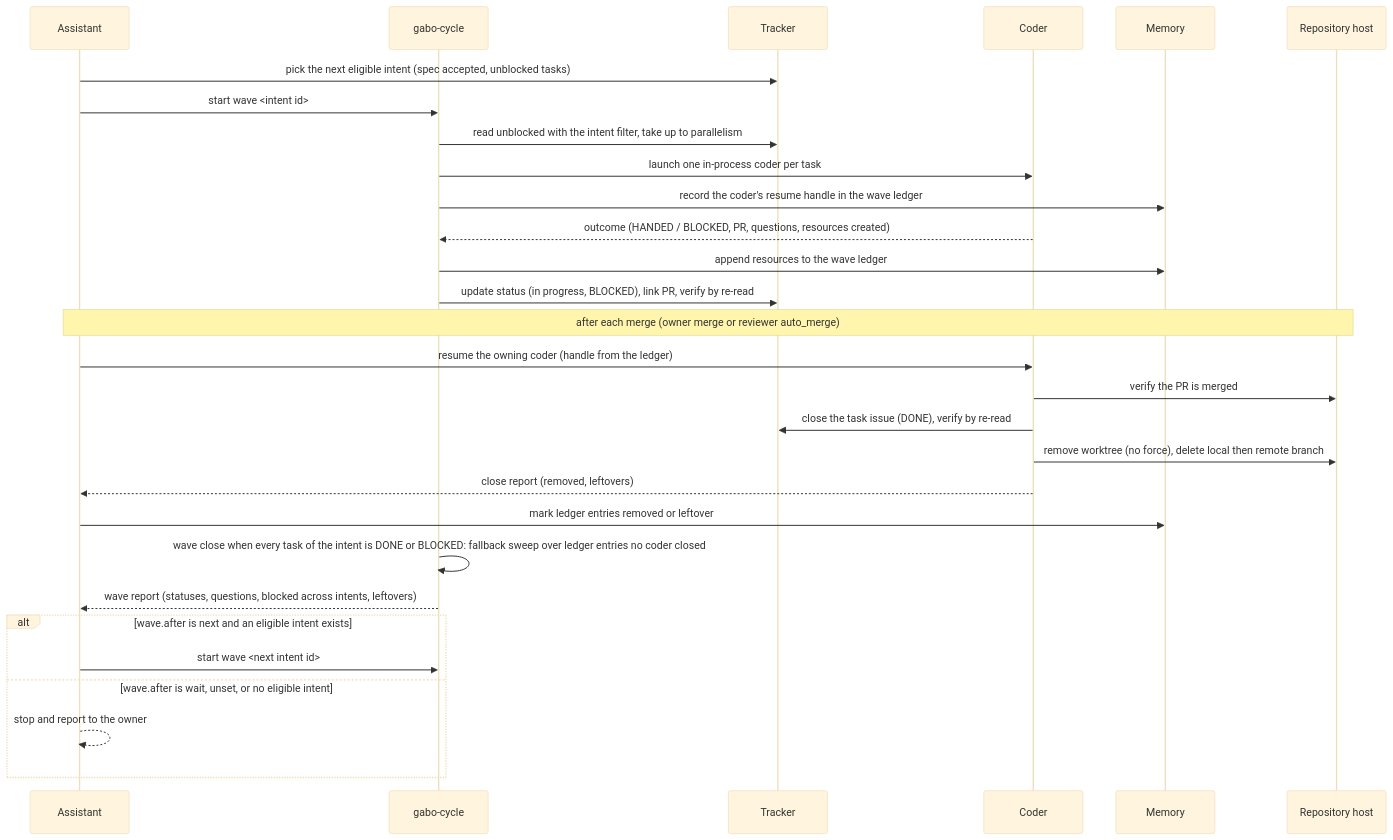
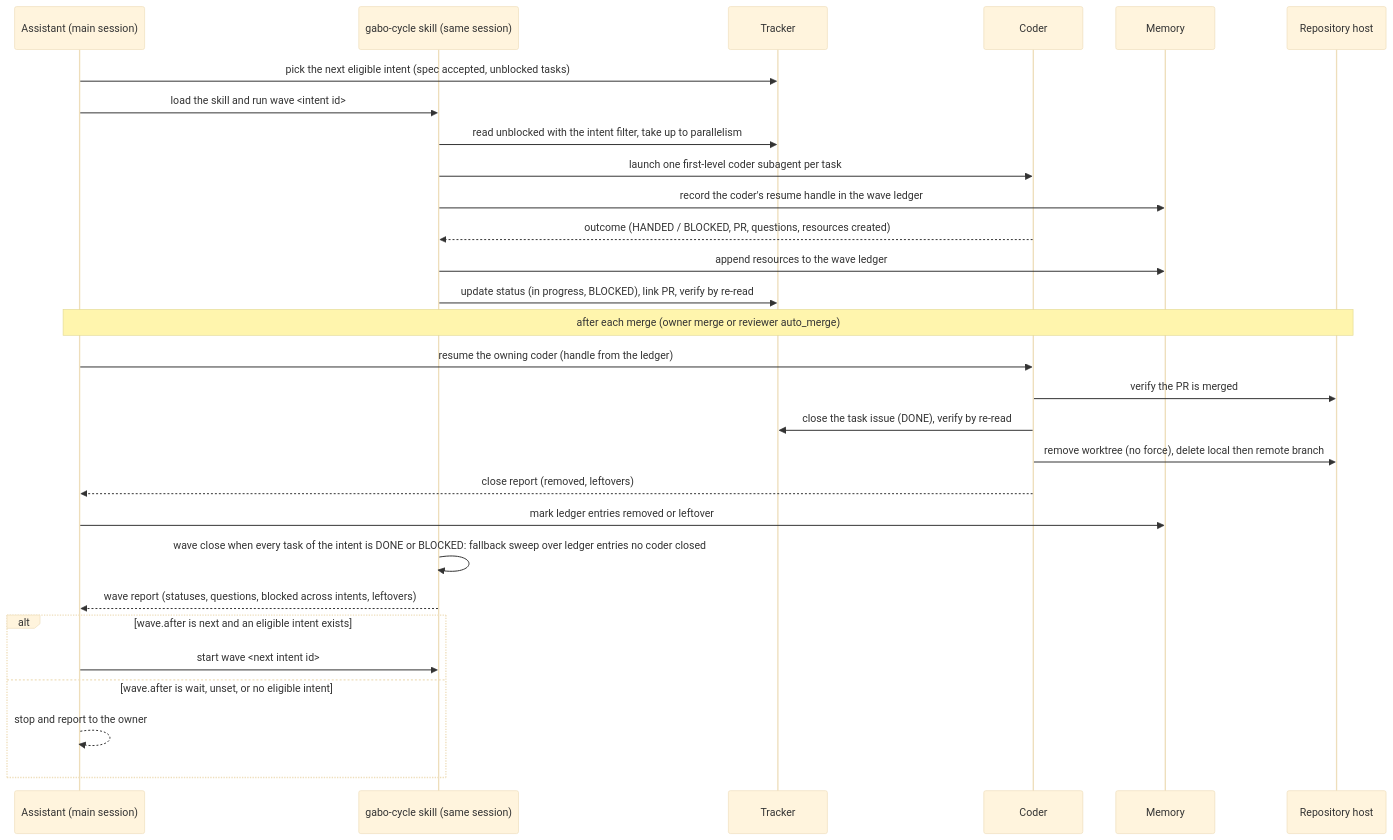
The third of 5 diagrams in docs/product/TRD.md (testeos-z/gabo-ai), drawn with Mermaid (base theme) before and after one commit. The commit also changed other lines of this file and 5 other files, not shown here.

First line of the commit message:
docs(intents): add intent 0015 one subagent layer on every engine, spec awaiting owner acceptance

````diff
--- a/docs/product/TRD.md
+++ b/docs/product/TRD.md
@@ -174,31 +187,31 @@
 ```mermaid
 sequenceDiagram
-  participant A as Assistant
-  participant C as gabo-cycle
+  participant A as Assistant (main session)
+  participant C as gabo-cycle skill (same session)
   participant T as Tracker
   participant K as Coder
   participant M as Memory
   participant H as Repository host
   A->>T: pick the next eligible intent (spec accepted, unblocked tasks)
-  A->>C: start wave <intent id>
+  A->>C: load the skill and run wave <intent id>
   C->>T: read unblocked with the intent filter, take up to parallelism
-  C->>K: launch one in-process coder per task
+  C->>K: launch one first-level coder subagent per task
   C->>M: record the coder's resume handle in the wave ledger
   K-->>C: outcome (HANDED / BLOCKED, PR, questions, resources created)
   C->>M: append resources to the wave ledger
   C->>T: update status (in progress, BLOCKED), link PR, verify by re-read
   Note over A,H: after each merge (owner merge or reviewer auto_merge)
   A->>K: resume the owning coder (handle from the ledger)
   K->>H: verify the PR is merged
   K->>T: close the task issue (DONE), verify by re-read
   K->>H: remove worktree (no force), delete local then remote branch
   K-->>A: close report (removed, leftovers)
   A->>M: mark ledger entries removed or leftover
   C->>C: wave close when every task of the intent is DONE or BLOCKED: fallback sweep over ledger entries no coder closed
   C-->>A: wave report (statuses, questions, blocked across intents, leftovers)
   alt wave.after is next and an eligible intent exists
     A->>C: start wave <next intent id>
   else wave.after is wait, unset, or no eligible intent
     A-->>A: stop and report to the owner
   end
 ```
````
